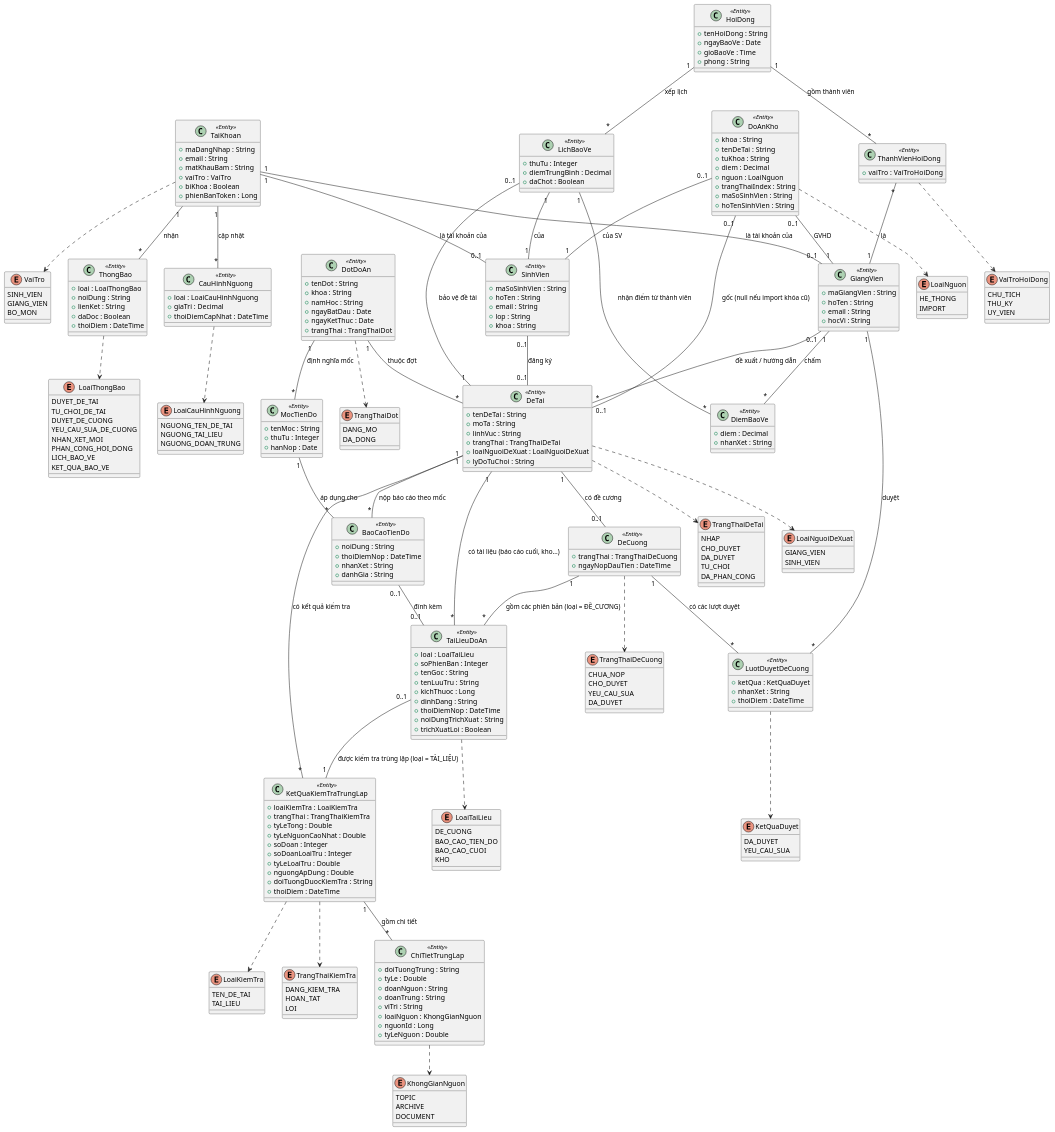
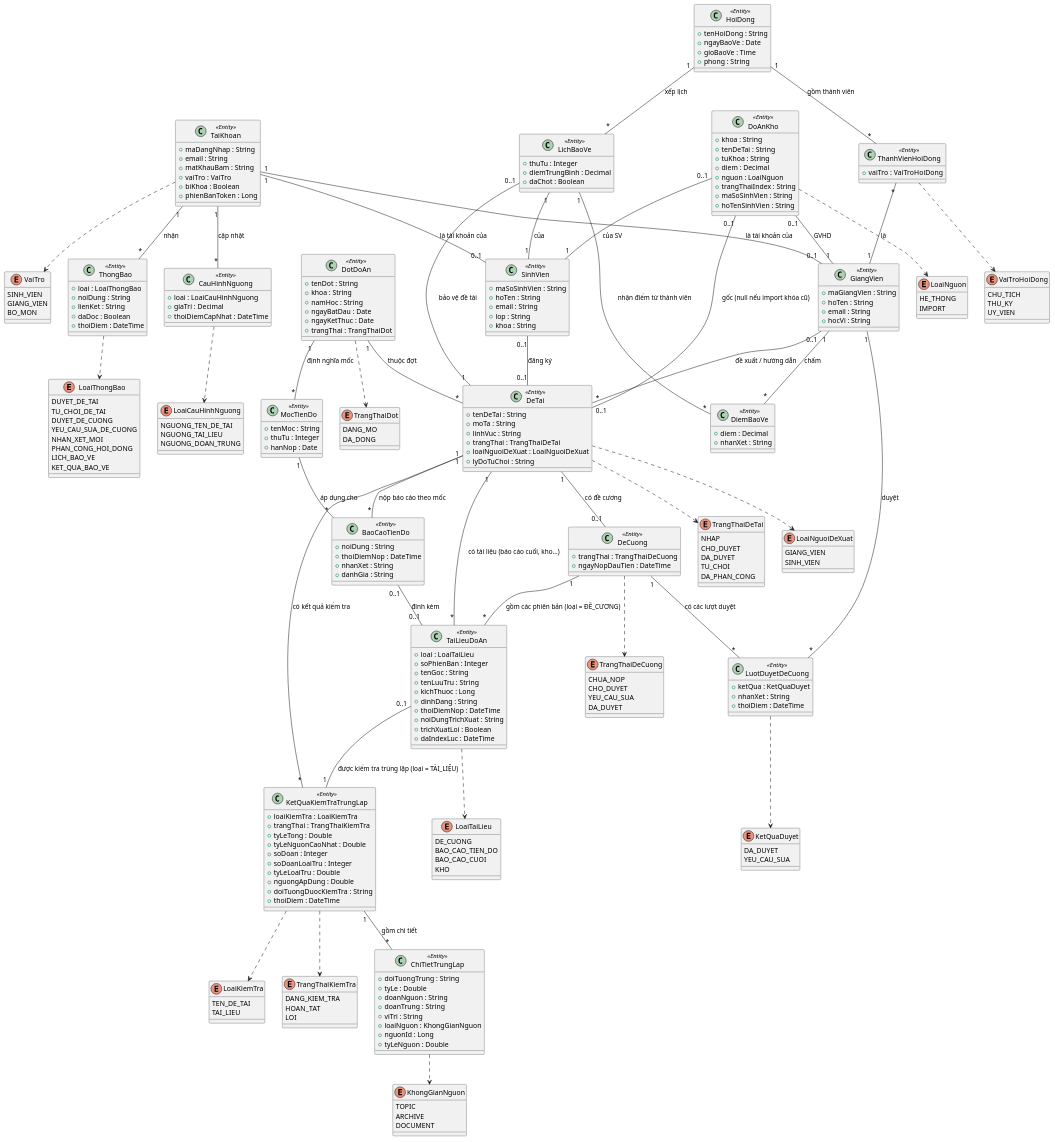
The diagram in docs/chuong-3-thiet-ke/so-do-lop/lop-thuc-the.puml (dtc235200036-alt/ICTU-DATN-NguyenThiMaiAnh), drawn with PlantUML before and after one commit. The commit also changed 15 other files, not shown here.

```diff
--- a/docs/chuong-3-thiet-ke/so-do-lop/lop-thuc-the.puml
+++ b/docs/chuong-3-thiet-ke/so-do-lop/lop-thuc-the.puml
@@ -189,6 +189,7 @@
   +thoiDiemNop : DateTime
   +noiDungTrichXuat : String
   +trichXuatLoi : Boolean
+  +daIndexLuc : DateTime
 }
 
 class LuotDuyetDeCuong <<Entity>> {
```
